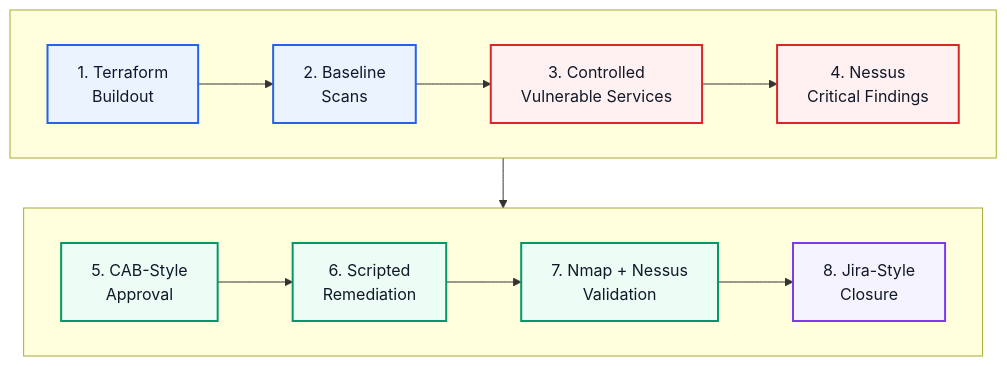
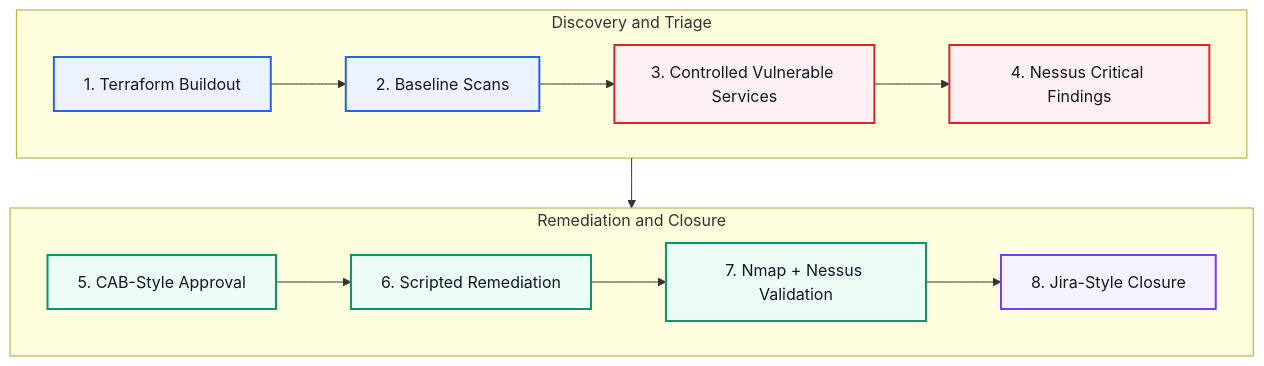
The first of 4 diagrams in README.md (techgneek/ai-assisted-azure-iac-remediation-case-study), drawn with Mermaid before and after one commit.

Commit message:
Fix GitHub Mermaid rendering

````diff
--- a/README.md
+++ b/README.md
@@ -47,28 +47,28 @@
 ```mermaid
 flowchart TB
-    subgraph Row1[" "]
+    subgraph Discovery["Discovery and Triage"]
         direction LR
-        A["1. Terraform<br/>Buildout"] --> B["2. Baseline<br/>Scans"]
-        B --> C["3. Controlled<br/>Vulnerable Services"]
-        C --> D["4. Nessus<br/>Critical Findings"]
+        A["1. Terraform Buildout"] --> B["2. Baseline Scans"]
+        B --> C["3. Controlled Vulnerable Services"]
+        C --> D["4. Nessus Critical Findings"]
     end
 
-    subgraph Row2[" "]
+    subgraph Remediation["Remediation and Closure"]
         direction LR
-        E["5. CAB-Style<br/>Approval"] --> F["6. Scripted<br/>Remediation"]
-        F --> G["7. Nmap + Nessus<br/>Validation"]
-        G --> H["8. Jira-Style<br/>Closure"]
+        E["5. CAB-Style Approval"] --> F["6. Scripted Remediation"]
+        F --> G["7. Nmap + Nessus Validation"]
+        G --> H["8. Jira-Style Closure"]
     end
 
     D --> E
 
     classDef build fill:#EAF3FF,stroke:#2563EB,stroke-width:2px,color:#111827;
     classDef risk fill:#FFF1F2,stroke:#DC2626,stroke-width:2px,color:#111827;
     classDef action fill:#ECFDF5,stroke:#059669,stroke-width:2px,color:#111827;
     classDef close fill:#F5F3FF,stroke:#7C3AED,stroke-width:2px,color:#111827;
 
     class A,B build;
     class C,D risk;
     class E,F,G action;
     class H close;
 ```
````
